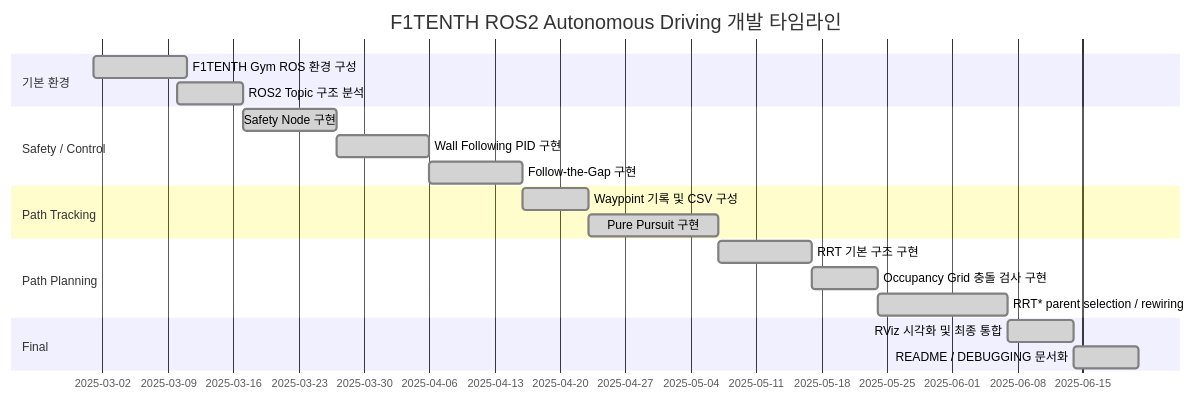
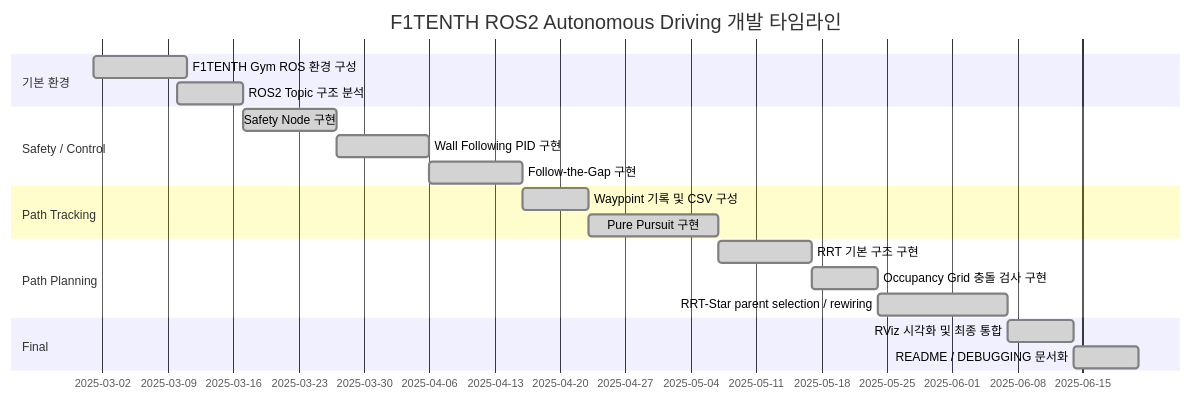
Before and after one commit to sungwung1201/F1TENTH-Autonomous-Driving: the fifth of 5 diagrams in README.md, drawn with Mermaid. The commit also changed other lines of this file, not shown here.

````diff
--- a/README.md
+++ b/README.md
@@ -693,27 +693,27 @@
 ```mermaid
 gantt
     title F1TENTH ROS2 Autonomous Driving 개발 타임라인
     dateFormat YYYY-MM-DD
 
     section 기본 환경
     F1TENTH Gym ROS 환경 구성        :done, a1, 2025-03-01, 10d
     ROS2 Topic 구조 분석             :done, a2, 2025-03-10, 7d
 
     section Safety / Control
     Safety Node 구현                 :done, b1, 2025-03-17, 10d
     Wall Following PID 구현          :done, b2, 2025-03-27, 10d
     Follow-the-Gap 구현              :done, b3, 2025-04-06, 10d
 
     section Path Tracking
     Waypoint 기록 및 CSV 구성        :done, c1, 2025-04-16, 7d
     Pure Pursuit 구현                :done, c2, 2025-04-23, 14d
 
     section Path Planning
     RRT 기본 구조 구현               :done, d1, 2025-05-07, 10d
     Occupancy Grid 충돌 검사 구현    :done, d2, 2025-05-17, 7d
-    RRT* parent selection / rewiring :done, d3, 2025-05-24, 14d
+    RRT-Star parent selection / rewiring :done, d3, 2025-05-24, 14d
 
     section Final
     RViz 시각화 및 최종 통합          :done, e1, 2025-06-07, 7d
     README / DEBUGGING 문서화        :done, e2, 2025-06-14, 7d
 ```
````
